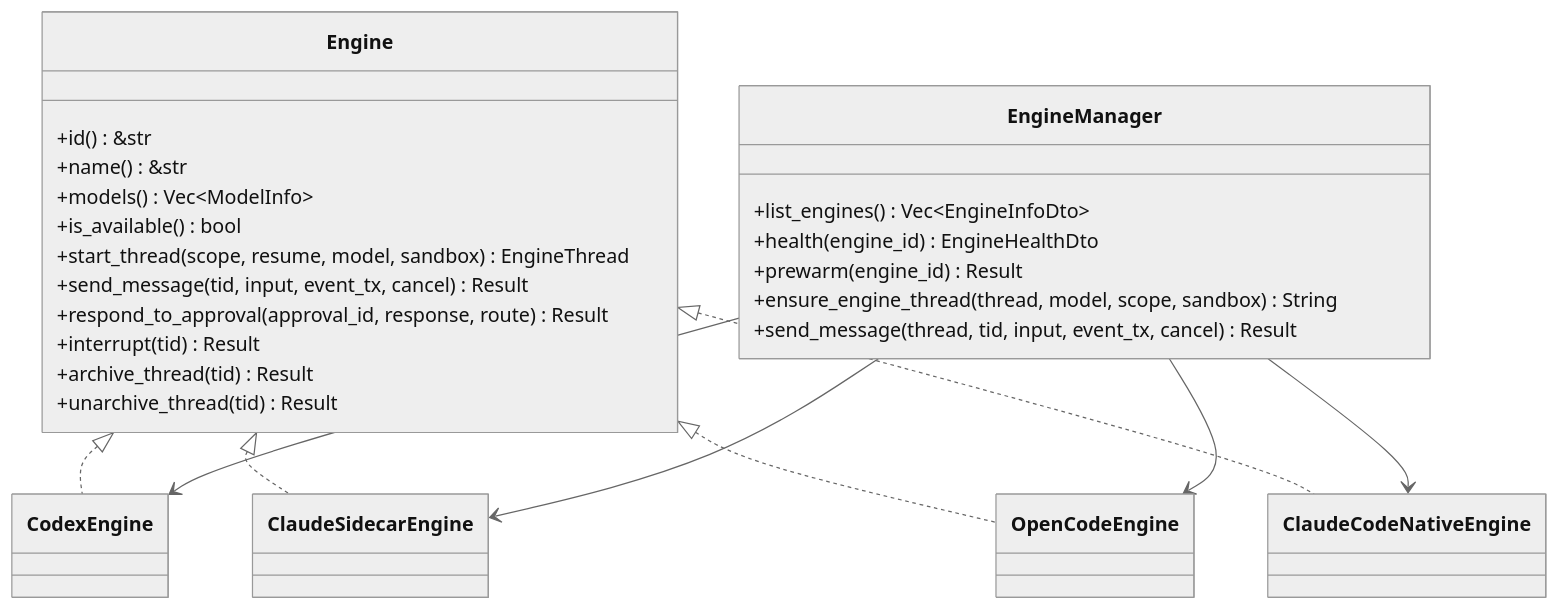
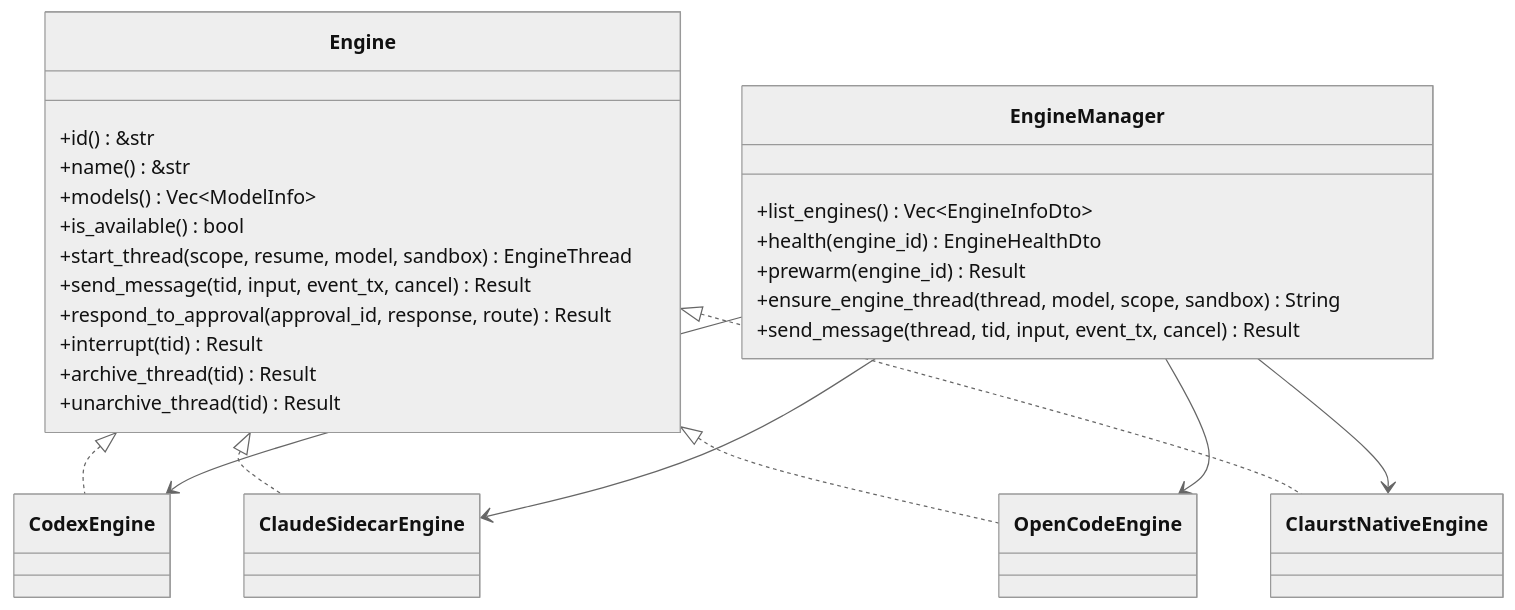
The third of 10 diagrams in .qoder/repowiki/zh/content/AI 引擎管理/引擎架构设计.md (yattin/panes), drawn with Mermaid (neutral theme) before and after one commit. The commit also changed other lines of this file and 45 other files, not shown here.

````diff
--- a/.qoder/repowiki/zh/content/AI 引擎管理/引擎架构设计.md
+++ b/.qoder/repowiki/zh/content/AI 引擎管理/引擎架构设计.md
@@ -142,30 +121,30 @@
 ```mermaid
 classDiagram
 class Engine {
 +id() &str
 +name() &str
 +models() Vec~ModelInfo~
 +is_available() bool
 +start_thread(scope, resume, model, sandbox) EngineThread
 +send_message(tid, input, event_tx, cancel) Result
 +respond_to_approval(approval_id, response, route) Result
 +interrupt(tid) Result
 +archive_thread(tid) Result
 +unarchive_thread(tid) Result
 }
 class EngineManager {
 +list_engines() Vec~EngineInfoDto~
 +health(engine_id) EngineHealthDto
 +prewarm(engine_id) Result
 +ensure_engine_thread(thread, model, scope, sandbox) String
 +send_message(thread, tid, input, event_tx, cancel) Result
 }
 Engine <|.. CodexEngine
 Engine <|.. ClaudeSidecarEngine
 Engine <|.. OpenCodeEngine
-Engine <|.. ClaudeCodeNativeEngine
+Engine <|.. ClaurstNativeEngine
 EngineManager --> CodexEngine
 EngineManager --> ClaudeSidecarEngine
 EngineManager --> OpenCodeEngine
-EngineManager --> ClaudeCodeNativeEngine
+EngineManager --> ClaurstNativeEngine
 ```
````
